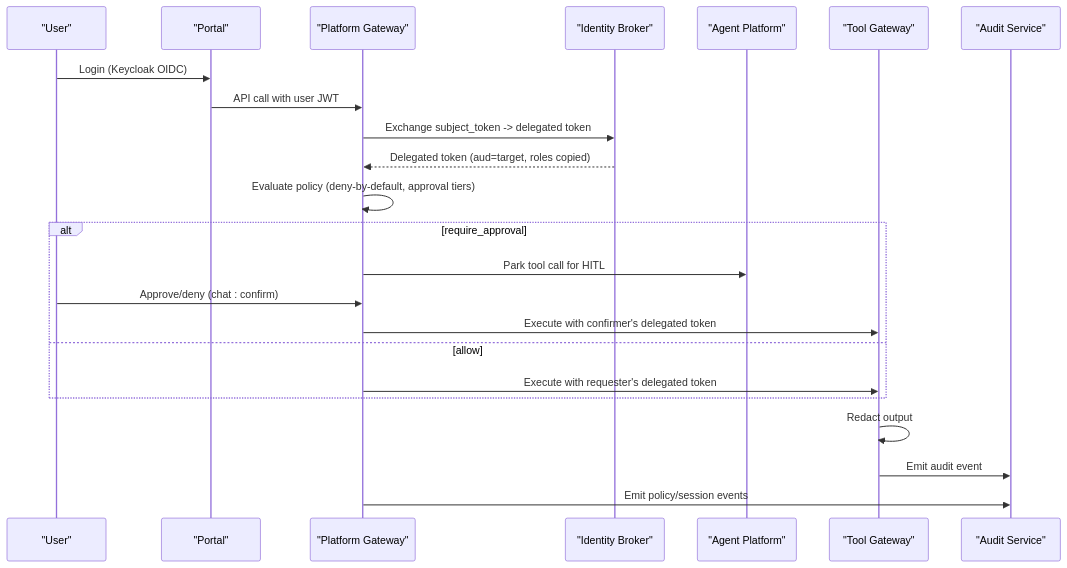
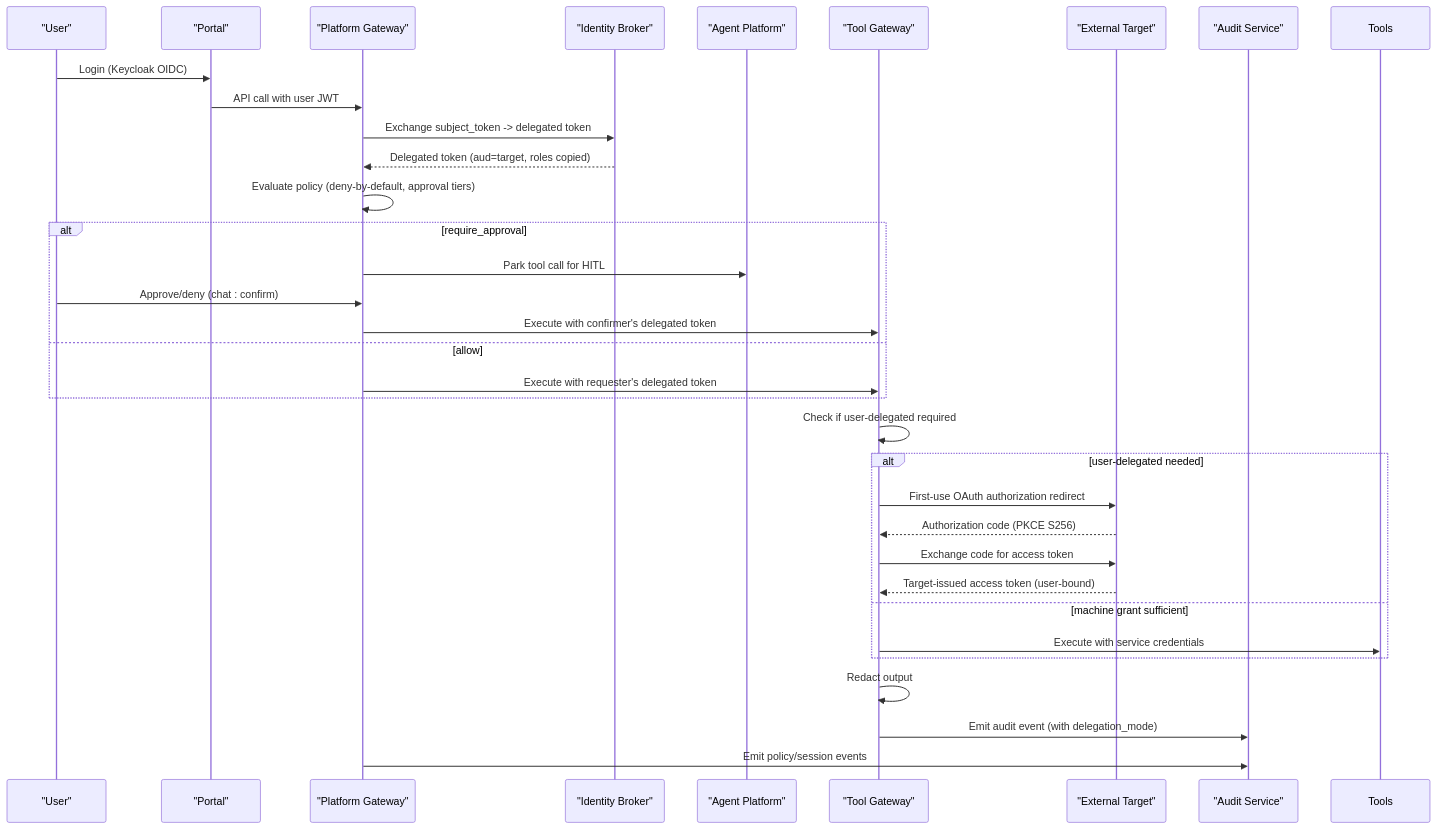
One commit to metasync/luban-aiops changed the second of 12 diagrams in .qoder/repowiki/en/content/Security and Authorization/Security and Authorization.md. Above: the diagram before and after it, drawn with Mermaid. The commit also changed other lines of this file and 215 other files, not shown here.

````diff
--- a/.qoder/repowiki/en/content/Security and Authorization/Security and Authorization.md
+++ b/.qoder/repowiki/en/content/Security and Authorization/Security and Authorization.md
@@ -103,25 +117,35 @@
 ```mermaid
 sequenceDiagram
 participant U as "User"
 participant P as "Portal"
 participant G as "Platform Gateway"
 participant B as "Identity Broker"
 participant A as "Agent Platform"
 participant T as "Tool Gateway"
+participant E as "External Target"
 participant S as "Audit Service"
 U->>P : Login (Keycloak OIDC)
 P->>G : API call with user JWT
 G->>B : Exchange subject_token -> delegated token
 B-->>G : Delegated token (aud=target, roles copied)
 G->>G : Evaluate policy (deny-by-default, approval tiers)
 alt require_approval
 G->>A : Park tool call for HITL
 U->>G : Approve/deny (chat : confirm)
 G->>T : Execute with confirmer's delegated token
 else allow
 G->>T : Execute with requester's delegated token
 end
+T->>T : Check if user-delegated required
+alt user-delegated needed
+T->>E : First-use OAuth authorization redirect
+E-->>T : Authorization code (PKCE S256)
+T->>E : Exchange code for access token
+E-->>T : Target-issued access token (user-bound)
+else machine grant sufficient
+T->>Tools : Execute with service credentials
+end
 T->>T : Redact output
-T->>S : Emit audit event
+T->>S : Emit audit event (with delegation_mode)
 G->>S : Emit policy/session events
 ```
````
